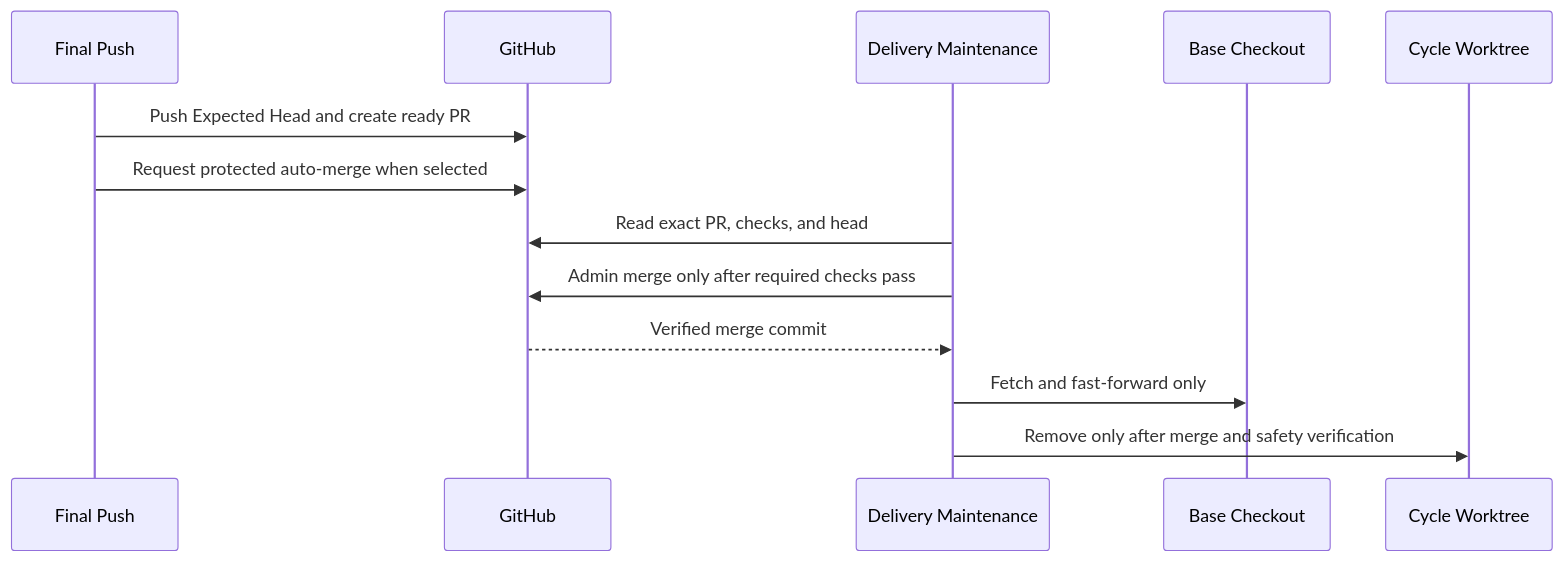
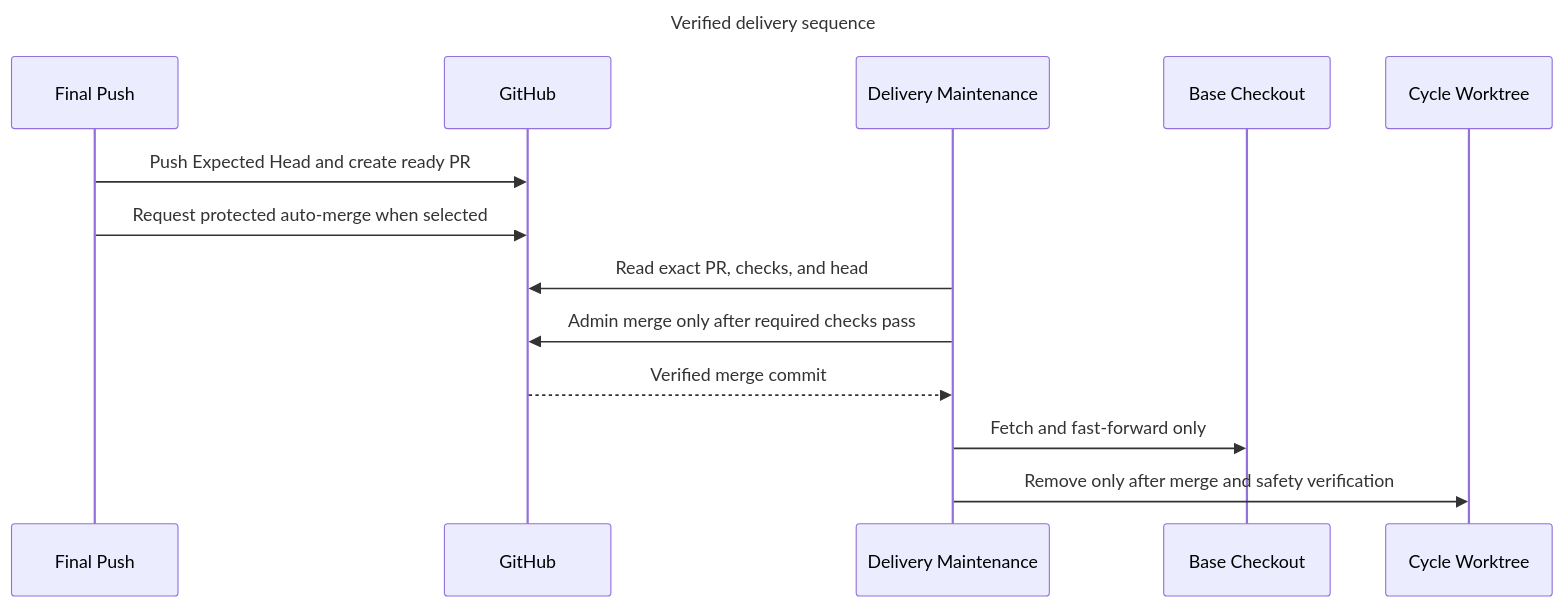
Before and after one commit to Saltiola7/dotfiles-ai: the second of 2 diagrams in docs/specs/dbsctr_v3_lifecycle/features/automatic-delivery.md, drawn with Mermaid. The commit also changed other lines of this file, not shown here.

Commit message:
docs(lifecycle): label delivery diagrams

````diff
--- a/docs/specs/dbsctr_v3_lifecycle/features/automatic-delivery.md
+++ b/docs/specs/dbsctr_v3_lifecycle/features/automatic-delivery.md
@@ -165,15 +173,20 @@
 ```mermaid
+---
+title: Verified delivery sequence
+---
 sequenceDiagram
+  accTitle: Verified delivery sequence
+  accDescr: Final Push binds the expected head, maintenance observes checks and merge state, then the base checkout fast-forwards before cycle worktree removal.
   participant F as Final Push
   participant G as GitHub
   participant M as Delivery Maintenance
   participant B as Base Checkout
   participant W as Cycle Worktree
   F->>G: Push Expected Head and create ready PR
   F->>G: Request protected auto-merge when selected
   M->>G: Read exact PR, checks, and head
   M->>G: Admin merge only after required checks pass
   G-->>M: Verified merge commit
   M->>B: Fetch and fast-forward only
   M->>W: Remove only after merge and safety verification
 ```
````
